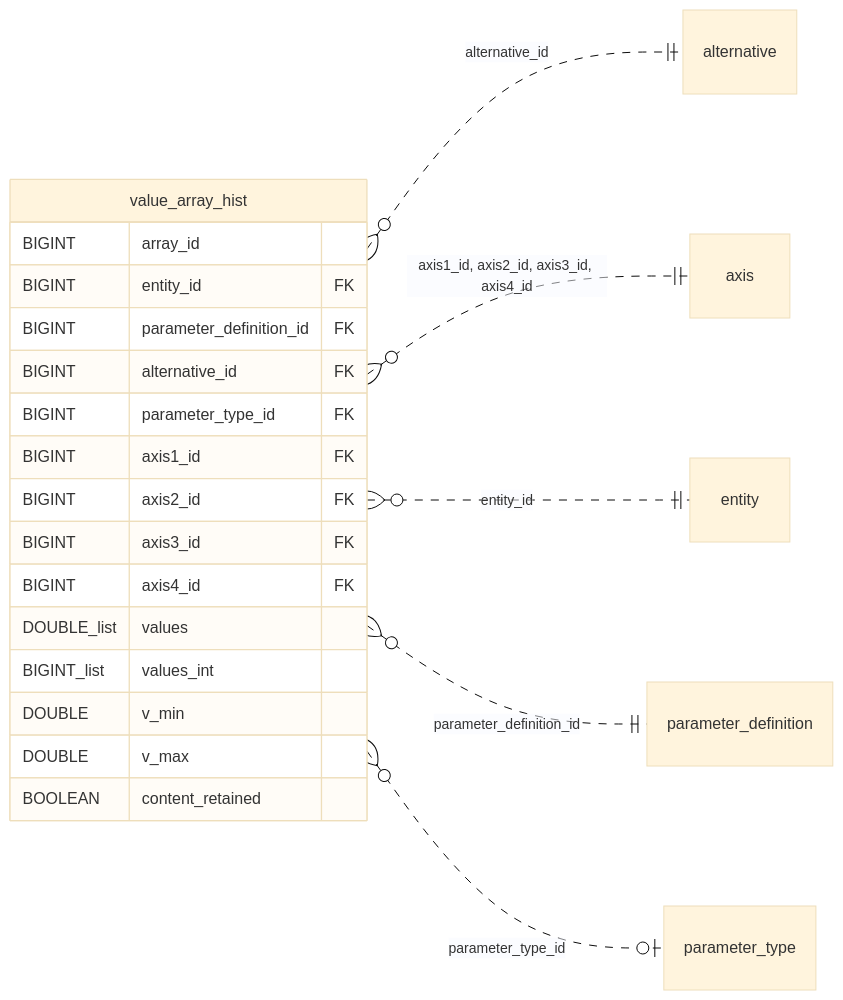
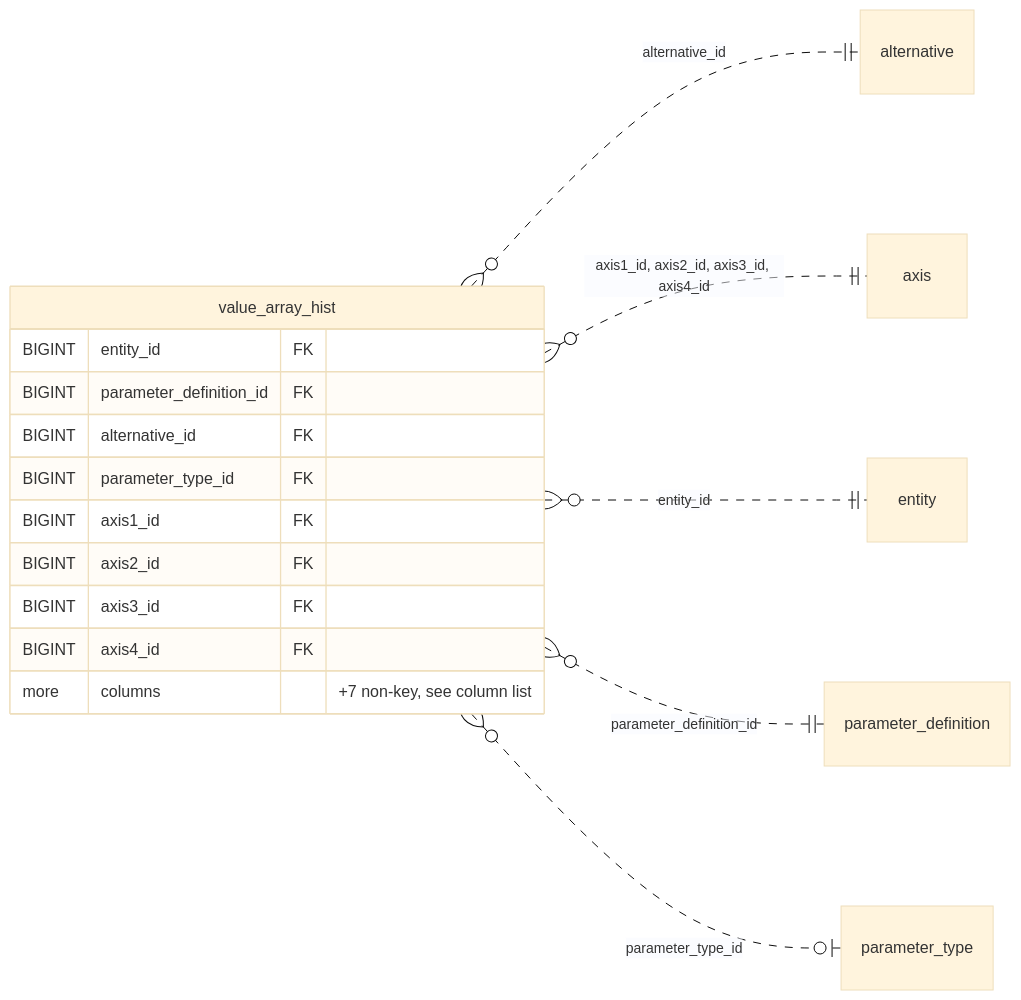
The seventh of 15 diagrams in docs/_generated/schema_diagrams.md (nodal-tools/nodal-db), drawn with Mermaid (base theme) before and after one commit. The commit also changed other lines of this file and 25 other files, not shown here.

````diff
--- a/docs/_generated/schema_diagrams.md
+++ b/docs/_generated/schema_diagrams.md
@@ -565,25 +566,20 @@
 ```mermaid
 erDiagram
     direction LR
     value_array_hist {
-        BIGINT array_id
         BIGINT entity_id FK
         BIGINT parameter_definition_id FK
         BIGINT alternative_id FK
         BIGINT parameter_type_id FK
         BIGINT axis1_id FK
         BIGINT axis2_id FK
         BIGINT axis3_id FK
         BIGINT axis4_id FK
-        DOUBLE_list values
-        BIGINT_list values_int
-        DOUBLE v_min
-        DOUBLE v_max
-        BOOLEAN content_retained
+        more columns "+7 non-key, see column list"
     }
     value_array_hist }o..|| alternative : "alternative_id"
     value_array_hist }o..|| axis : "axis1_id, axis2_id, axis3_id, axis4_id"
     value_array_hist }o..|| entity : "entity_id"
     value_array_hist }o..|| parameter_definition : "parameter_definition_id"
     value_array_hist }o..o| parameter_type : "parameter_type_id"
 ```
````
